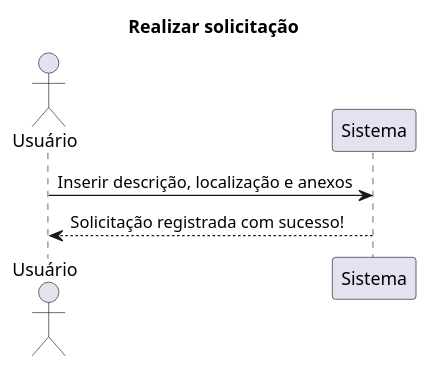
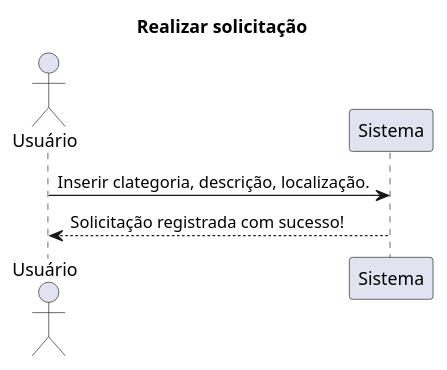
One commit to RenataArdito/Alerta-ADS changed the second of 4 diagrams in SequenceDiagram.md. Above: the diagram before and after it, drawn with PlantUML. The commit also changed other lines of this file, not shown here.

````diff
--- a/SequenceDiagram.md
+++ b/SequenceDiagram.md
@@ -22,14 +22,14 @@
 ```plantuml
 @startuml
 
 title Realizar solicitação
 
 actor "Usuário" as usr
 participant "Sistema" as sis
 
-usr -> sis: Inserir descrição, localização e anexos
+usr -> sis: Inserir clategoria, descrição, localização.
 sis --> usr: Solicitação registrada com sucesso!
 
 
 @enduml
 ```
````
